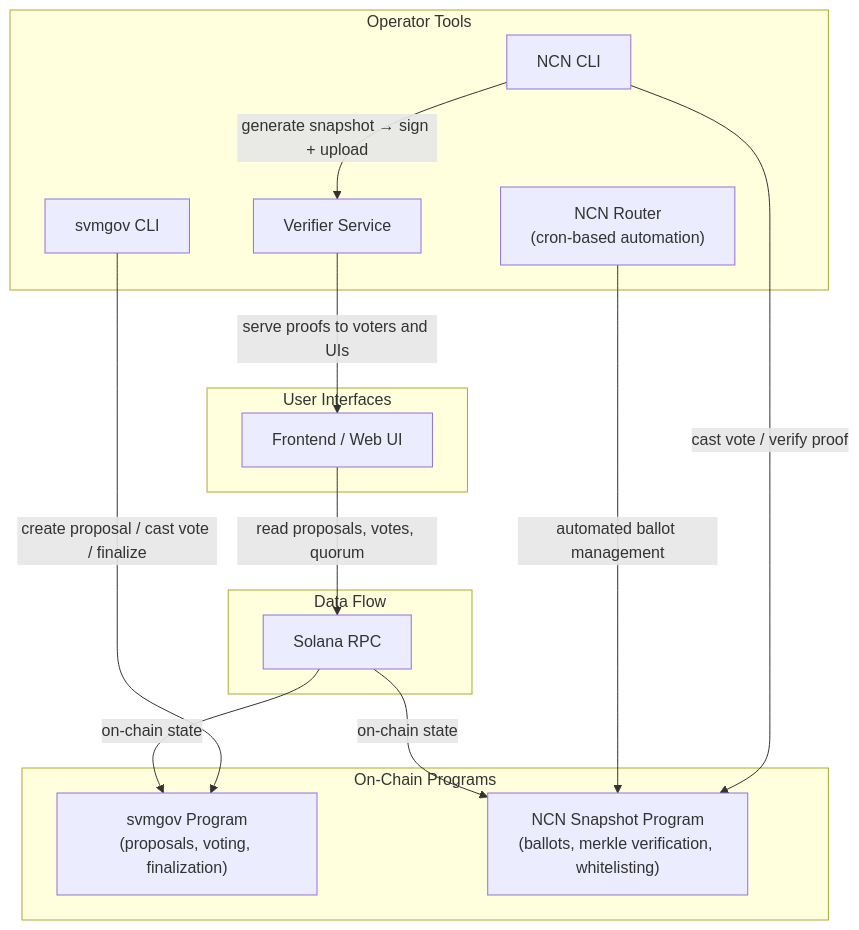
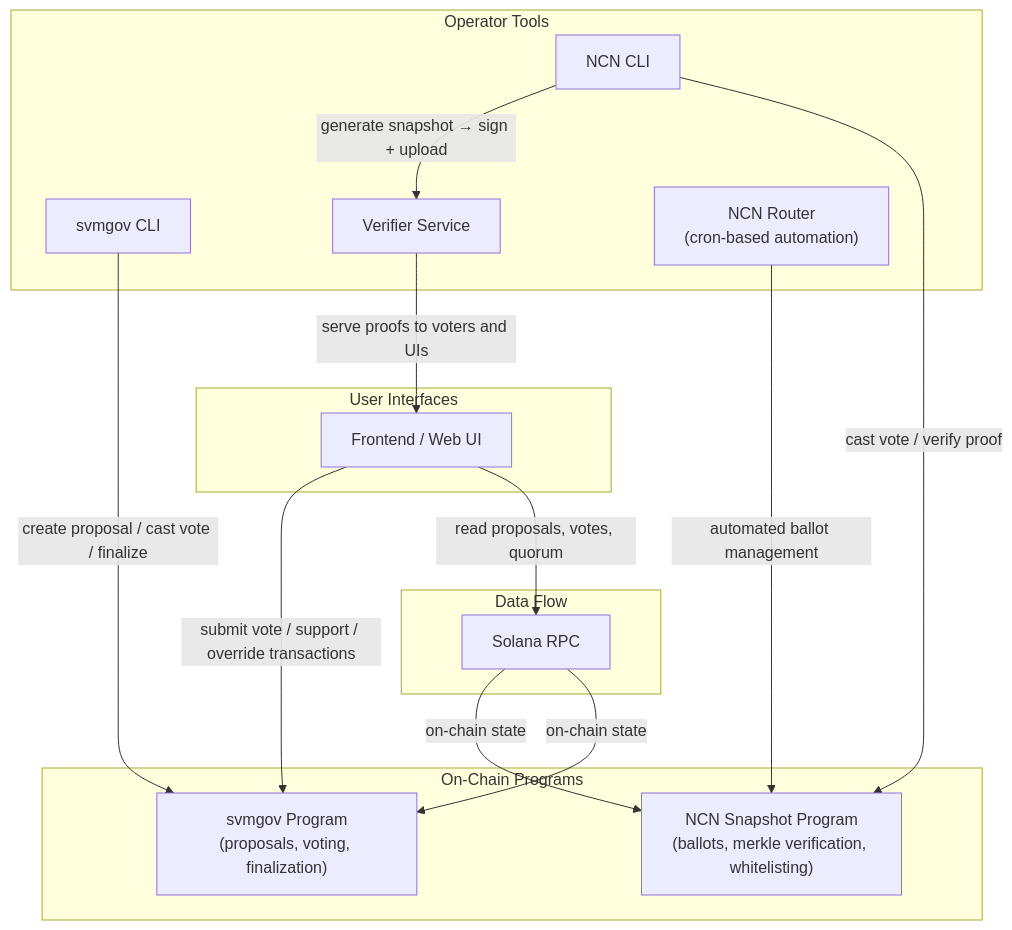
Before and after one commit to solana-foundation/solana-governance: the diagram in ARCHITECTURE.md, drawn with Mermaid.

Commit message:
docs: show frontend transaction submission path to svmgov

````diff
--- a/ARCHITECTURE.md
+++ b/ARCHITECTURE.md
@@ -7,34 +7,35 @@
 ```mermaid
 graph TB
     subgraph "On-Chain Programs"
         SVMGOV["svmgov Program
 (proposals, voting, finalization)"]
         NCN["NCN Snapshot Program
 (ballots, merkle verification, whitelisting)"]
     end
 
     subgraph "Operator Tools"
         SVMCLI["svmgov CLI"]
         NCNCLI["NCN CLI"]
         VS["Verifier Service"]
         ROUTER["NCN Router
 (cron-based automation)"]
     end
 
     subgraph "User Interfaces"
         FE["Frontend / Web UI"]
     end
 
     subgraph "Data Flow"
         RPC["Solana RPC"]
     end
 
     SVMCLI -->|"create proposal / cast vote / finalize"| SVMGOV
     NCNCLI -->|"cast vote / verify proof"| NCN
     NCNCLI -->|"generate snapshot → sign + upload"| VS
     VS -->|"serve proofs to voters and UIs"| FE
     ROUTER -->|"automated ballot management"| NCN
     FE -->|"read proposals, votes, quorum"| RPC
+    FE -->|"submit vote / support / override transactions"| SVMGOV
     RPC -->|"on-chain state"| SVMGOV
     RPC -->|"on-chain state"| NCN
 ```
````
